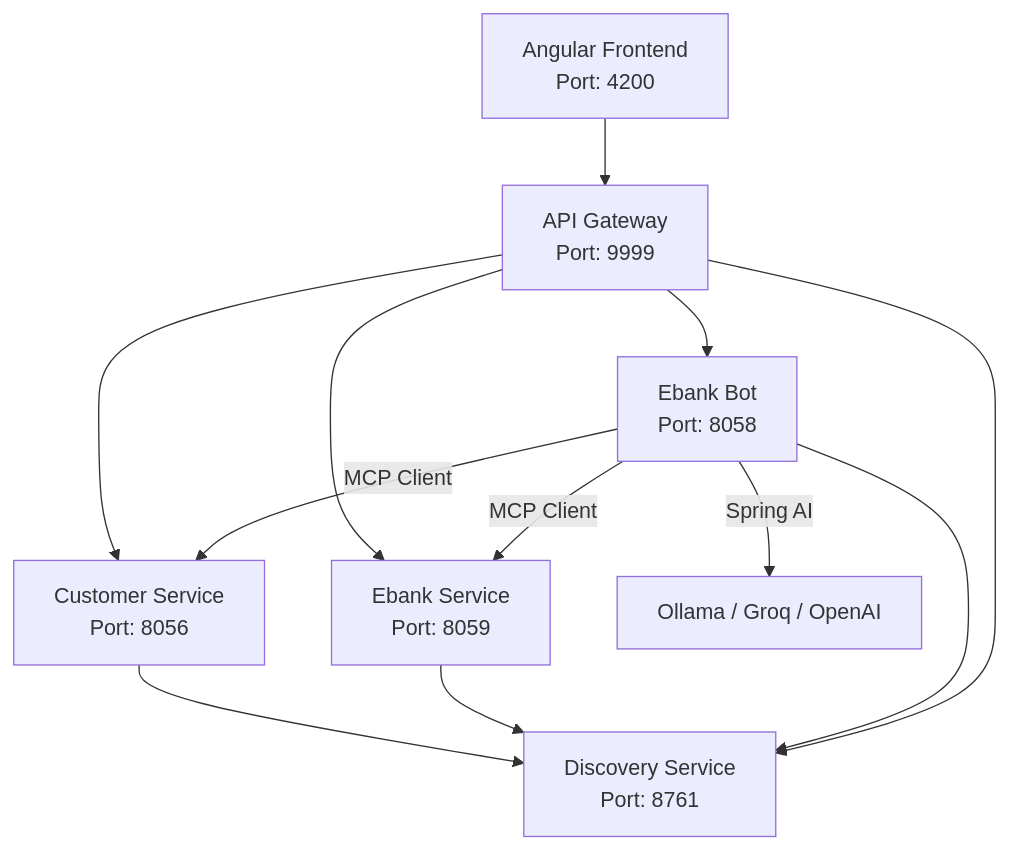
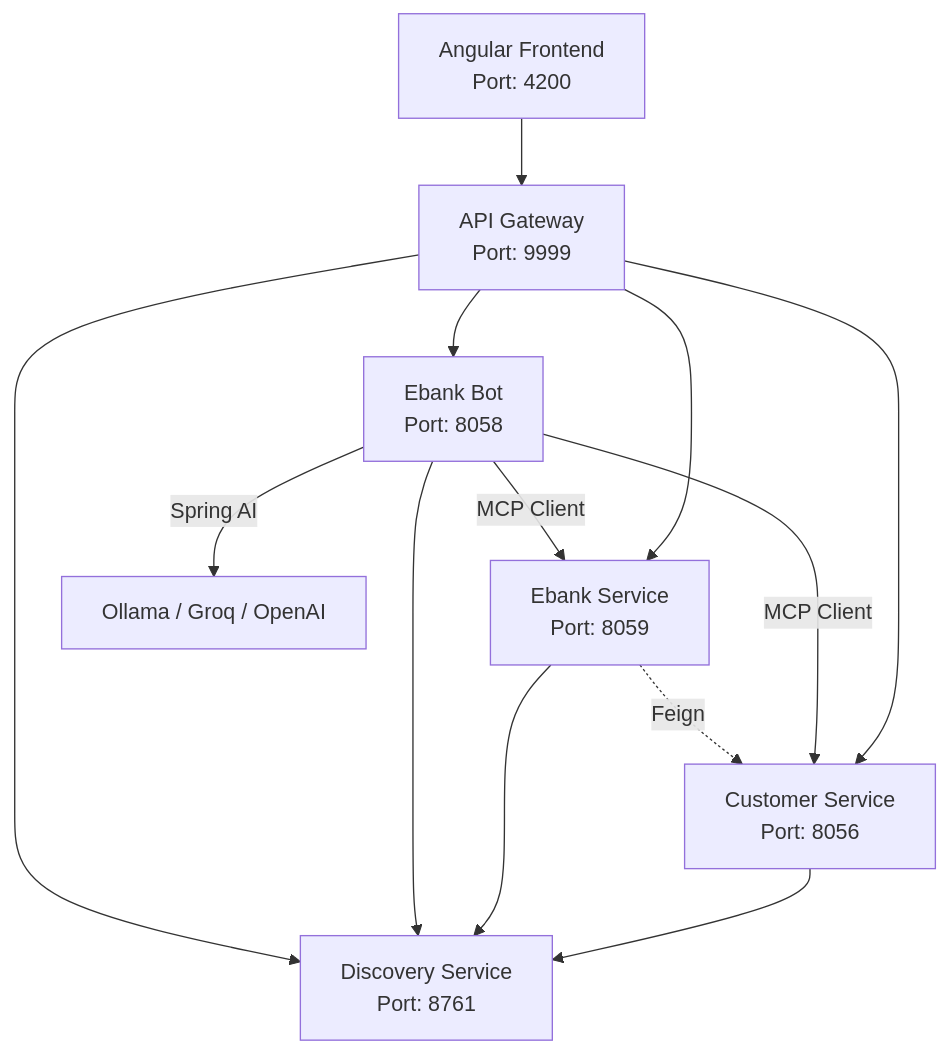
Before and after one commit to houdariyad-etu-gif/Projet-de-synth-se-Spring-Boot-Spring-Cloud-Agentic-AI: the diagram in README.md, drawn with Mermaid.

Commit message:
finalisation du projet : Spring-Boot-Spring-Cloud-Agentic-AI/img

````diff
--- a/README.md
+++ b/README.md
@@ -39,17 +39,18 @@
 ```mermaid
+%%{init: {'flowchart': {'layout': 'elk'}}}%%
 graph TD
     Angular[Angular Frontend<br/>Port: 4200] --> Gateway[API Gateway<br/>Port: 9999]
     Gateway --> Customer[Customer Service<br/>Port: 8056]
     Gateway --> Ebank[Ebank Service<br/>Port: 8059]
     Gateway --> Bot[Ebank Bot<br/>Port: 8058]
     
     Bot -->|MCP Client| Customer
     Bot -->|MCP Client| Ebank
     Bot -->|Spring AI| LLM[Ollama / Groq / OpenAI]
     
     Customer --> Eureka[Discovery Service<br/>Port: 8761]
     Ebank --> Eureka
+    Ebank -.->|Feign| Customer
     Bot --> Eureka
     Gateway --> Eureka
-
 ```
````
